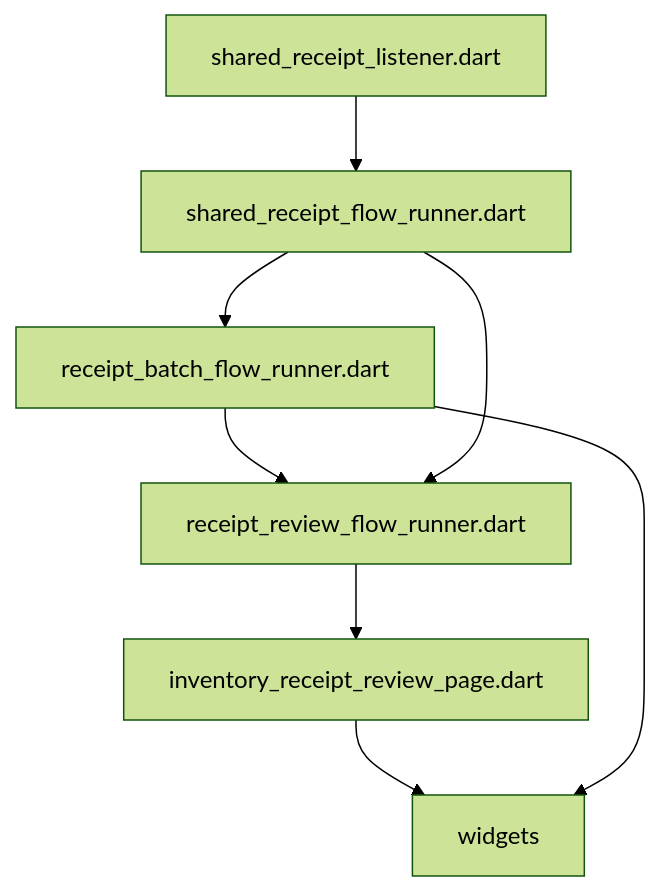
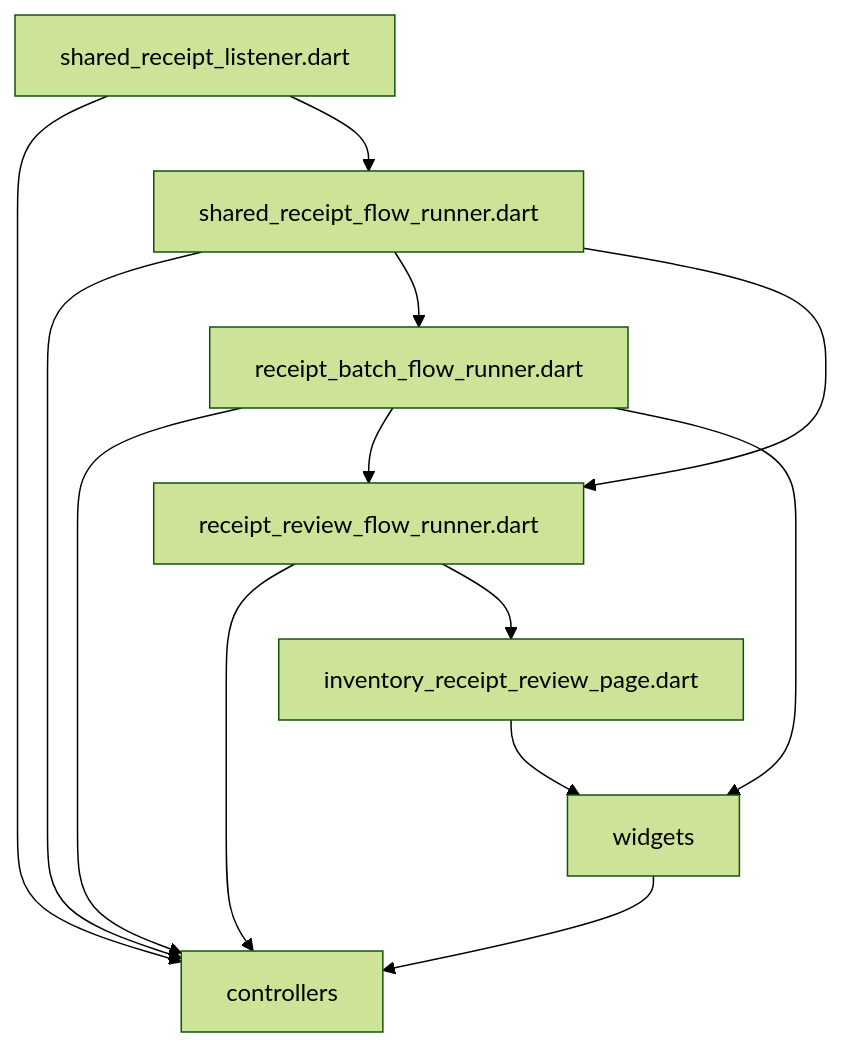
The diagram in lib/features/scanner/presentation/DEPS.md (repinw/yamt), drawn with Mermaid (forest theme) before and after one commit. The commit also changed 107 other files, not shown here.

Commit message:
ref(yamt): architecture fix

````diff
--- a/lib/features/scanner/presentation/DEPS.md
+++ b/lib/features/scanner/presentation/DEPS.md
@@ -6,10 +6,15 @@
 ```mermaid
 flowchart TD;
 inventory_receipt_review_page.dart-->widgets;
+receipt_batch_flow_runner.dart-->controllers;
 receipt_batch_flow_runner.dart-->receipt_review_flow_runner.dart;
 receipt_batch_flow_runner.dart-->widgets;
+receipt_review_flow_runner.dart-->controllers;
 receipt_review_flow_runner.dart-->inventory_receipt_review_page.dart;
+shared_receipt_flow_runner.dart-->controllers;
 shared_receipt_flow_runner.dart-->receipt_batch_flow_runner.dart;
 shared_receipt_flow_runner.dart-->receipt_review_flow_runner.dart;
+shared_receipt_listener.dart-->controllers;
 shared_receipt_listener.dart-->shared_receipt_flow_runner.dart;
+widgets-->controllers;
 ```
````
